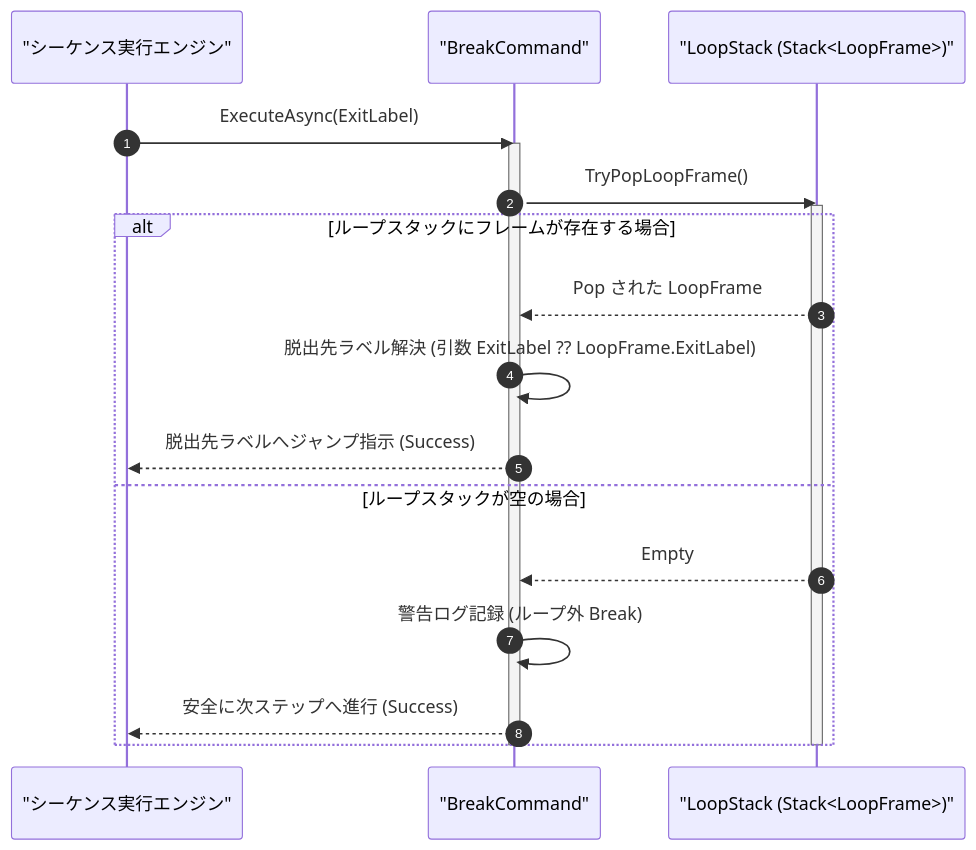
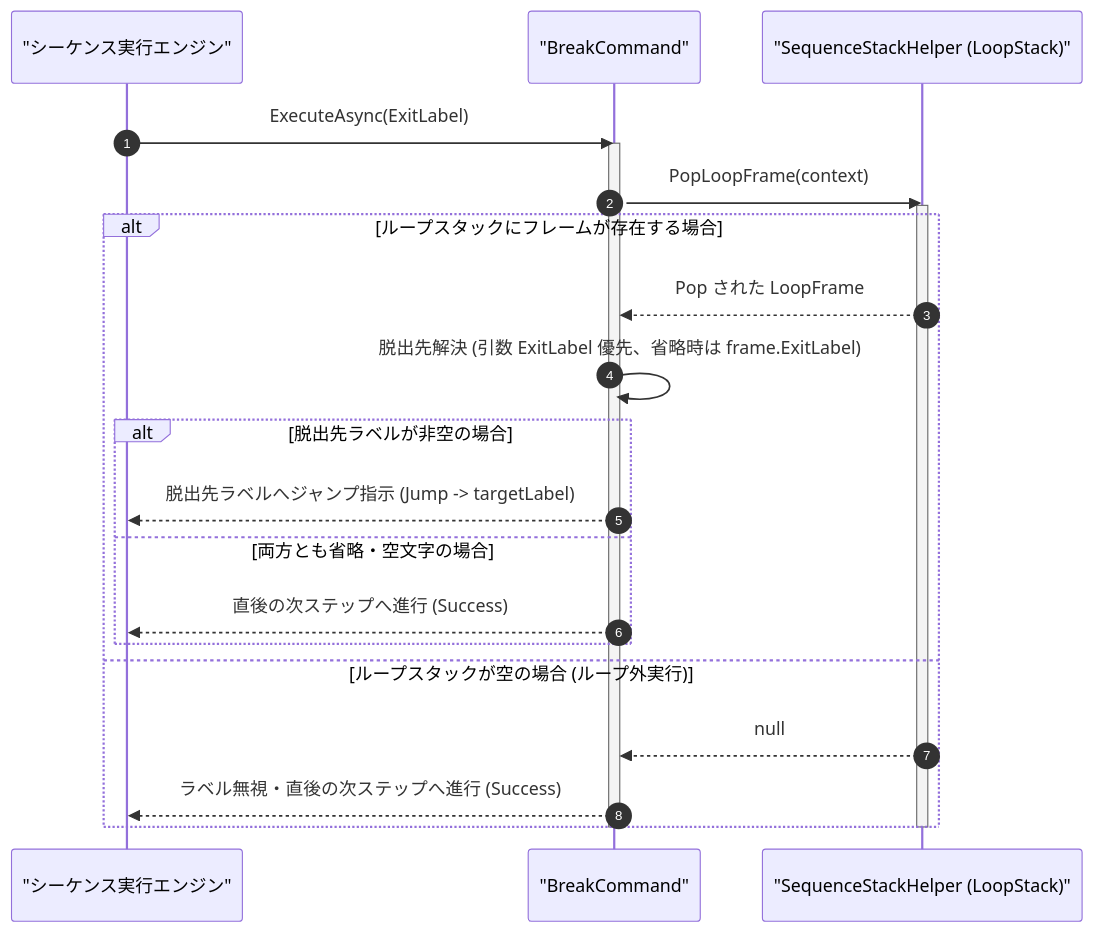
Before and after one commit to Monaca-App/TermAddIn: the diagram in Manual/Core/Param/Break.Md, drawn with Mermaid. The commit also changed other lines of this file and 157 other files, not shown here.

````diff
--- a/Manual/Core/Param/Break.Md
+++ b/Manual/Core/Param/Break.Md
@@ -74,23 +74,26 @@
 ```mermaid
 sequenceDiagram
     autonumber
     participant Engine as "シーケンス実行エンジン"
     participant Cmd as "BreakCommand"
-    participant Stack as "LoopStack (Stack<LoopFrame>)"
+    participant Stack as "SequenceStackHelper (LoopStack)"
 
     Engine->>Cmd: ExecuteAsync(ExitLabel)
     activate Cmd
-    Cmd->>Stack: TryPopLoopFrame()
+    Cmd->>Stack: PopLoopFrame(context)
     activate Stack
     alt ループスタックにフレームが存在する場合
         Stack-->>Cmd: Pop された LoopFrame
-        Cmd->>Cmd: 脱出先ラベル解決 (引数 ExitLabel ?? LoopFrame.ExitLabel)
-        Cmd-->>Engine: 脱出先ラベルへジャンプ指示 (Success)
-    else ループスタックが空の場合
-        Stack-->>Cmd: Empty
-        Cmd->>Cmd: 警告ログ記録 (ループ外 Break)
-        Cmd-->>Engine: 安全に次ステップへ進行 (Success)
+        Cmd->>Cmd: 脱出先解決 (引数 ExitLabel 優先、省略時は frame.ExitLabel)
+        alt 脱出先ラベルが非空の場合
+            Cmd-->>Engine: 脱出先ラベルへジャンプ指示 (Jump -> targetLabel)
+        else 両方とも省略・空文字の場合
+            Cmd-->>Engine: 直後の次ステップへ進行 (Success)
+        end
+    else ループスタックが空の場合 (ループ外実行)
+        Stack-->>Cmd: null
+        Cmd-->>Engine: ラベル無視・直後の次ステップへ進行 (Success)
     end
     deactivate Stack
     deactivate Cmd
 ```
````
